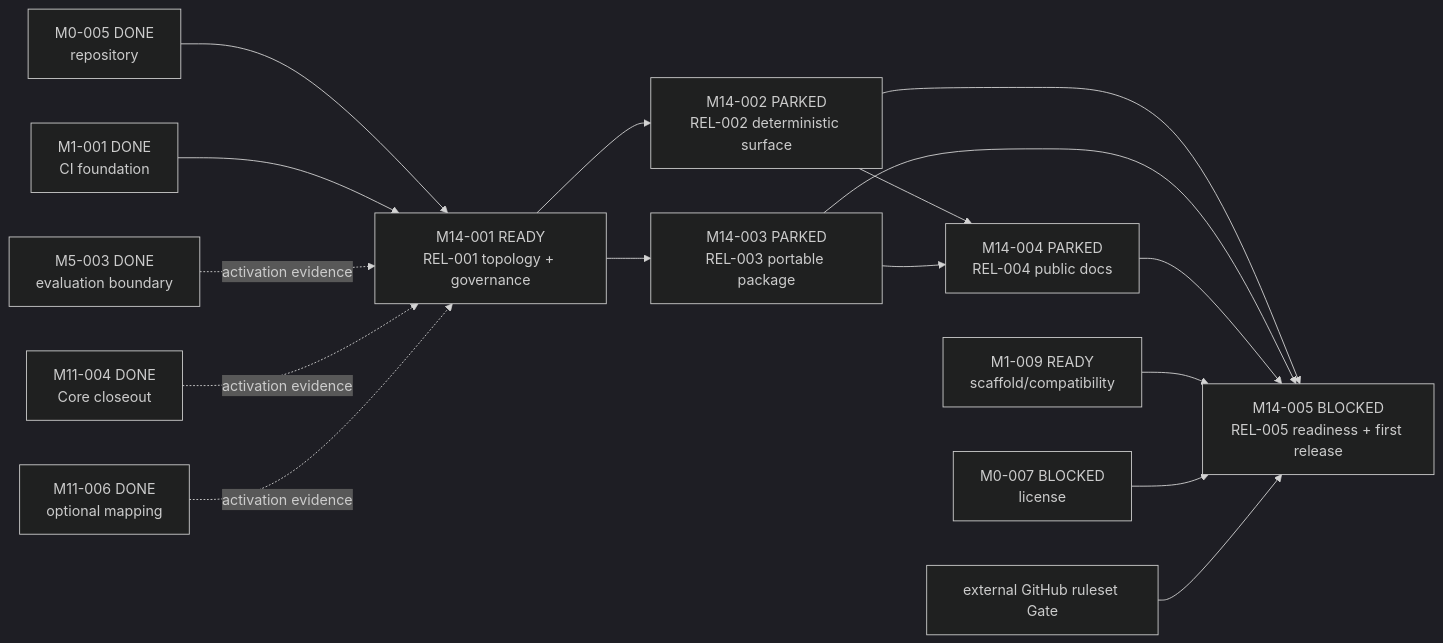
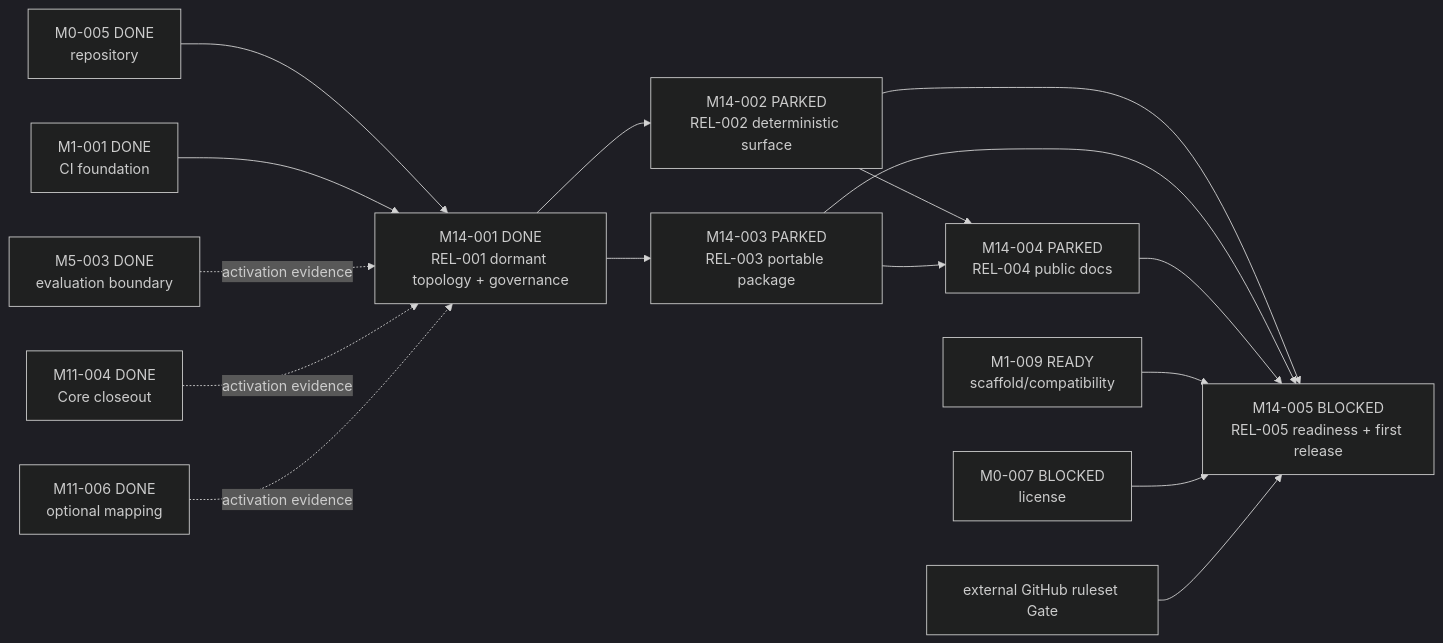
One commit to Chengyue-Lu/research-agent-workbench changed the diagram in docs/workstreams/chengyue-lu/M14-CURATED-RELEASE/README.md. Above: the diagram before and after it, drawn with Mermaid (dark theme). The commit also changed other lines of this file and 13 other files, not shown here.

Commit message:
feat(governance): establish dormant curated release trust seam

````diff
--- a/docs/workstreams/chengyue-lu/M14-CURATED-RELEASE/README.md
+++ b/docs/workstreams/chengyue-lu/M14-CURATED-RELEASE/README.md
@@ -38,18 +38,18 @@
 ```mermaid
 flowchart LR
-    M0005["M0-005 DONE<br/>repository"] --> M14001["M14-001 READY<br/>REL-001 topology + governance"]
+    M0005["M0-005 DONE<br/>repository"] --> M14001["M14-001 DONE<br/>REL-001 dormant topology + governance"]
     M1001["M1-001 DONE<br/>CI foundation"] --> M14001
     M5003["M5-003 DONE<br/>evaluation boundary"] -. "activation evidence" .-> M14001
     M1104["M11-004 DONE<br/>Core closeout"] -. "activation evidence" .-> M14001
     M1106["M11-006 DONE<br/>optional mapping"] -. "activation evidence" .-> M14001
     M14001 --> M14002["M14-002 PARKED<br/>REL-002 deterministic surface"]
     M14001 --> M14003["M14-003 PARKED<br/>REL-003 portable package"]
     M14002 --> M14004["M14-004 PARKED<br/>REL-004 public docs"]
     M14003 --> M14004
     M14002 --> M14005["M14-005 BLOCKED<br/>REL-005 readiness + first release"]
     M14003 --> M14005
     M14004 --> M14005
     M1009["M1-009 READY<br/>scaffold/compatibility"] --> M14005
     M0007["M0-007 BLOCKED<br/>license"] --> M14005
     Remote["external GitHub ruleset Gate"] --> M14005
 ```
````
